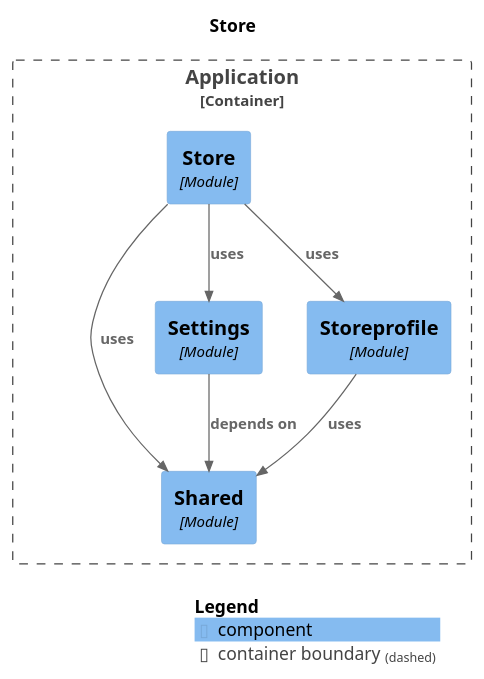
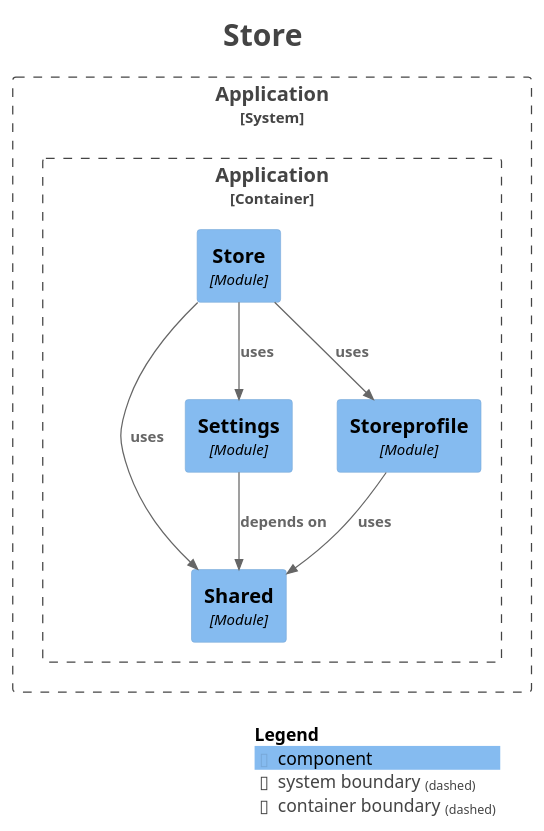
Before and after one commit to kanghouchao/Kizuna: the diagram in backend/docs/modulith/module-store.puml, drawn with PlantUML. The commit also changed 19 other files, not shown here.

```diff
--- a/backend/docs/modulith/module-store.puml
+++ b/backend/docs/modulith/module-store.puml
@@ -1,25 +1,36 @@
 @startuml
+title <size:24>Store</size>
+
 set separator none
-title Store
+top to bottom direction
 
-top to bottom direction
+<style>
+  root {
+    BackgroundColor: #ffffff
+    FontColor: #444444
+  }
+</style>
 
 !include <C4/C4>
 !include <C4/C4_Context>
 !include <C4/C4_Component>
 
-Container_Boundary("Application.Application_boundary", "Application", $tags="") {
-  Component(Application.Application.Shared, "Shared", $techn="Module", $descr="", $tags="", $link="")
-  Component(Application.Application.Settings, "Settings", $techn="Module", $descr="", $tags="", $link="")
-  Component(Application.Application.Storeprofile, "Storeprofile", $techn="Module", $descr="", $tags="", $link="")
-  Component(Application.Application.Store, "Store", $techn="Module", $descr="", $tags="", $link="")
+System_Boundary("Application_boundary", "Application", $tags="") {
+  Container_Boundary("Application.Application_boundary", "Application", $tags="") {
+    Component(Application.Application.Store, "Store", $techn="Module", $descr="", $tags="", $link="")
+    Component(Application.Application.Shared, "Shared", $techn="Module", $descr="", $tags="", $link="")
+    Component(Application.Application.Settings, "Settings", $techn="Module", $descr="", $tags="", $link="")
+    Component(Application.Application.Storeprofile, "Storeprofile", $techn="Module", $descr="", $tags="", $link="")
+  }
+
 }
 
-Rel(Application.Application.Store, Application.Application.Storeprofile, "uses", $techn="", $tags="", $link="")
-Rel(Application.Application.Store, Application.Application.Shared, "uses", $techn="", $tags="", $link="")
-Rel(Application.Application.Store, Application.Application.Settings, "uses", $techn="", $tags="", $link="")
 Rel(Application.Application.Storeprofile, Application.Application.Shared, "uses", $techn="", $tags="", $link="")
 Rel(Application.Application.Settings, Application.Application.Shared, "depends on", $techn="", $tags="", $link="")
+Rel(Application.Application.Store, Application.Application.Storeprofile, "uses", $techn="", $tags="", $link="")
+Rel(Application.Application.Store, Application.Application.Settings, "uses", $techn="", $tags="", $link="")
+Rel(Application.Application.Store, Application.Application.Shared, "uses", $techn="", $tags="", $link="")
 
 SHOW_LEGEND(true)
+hide stereotypes
 @enduml
```
